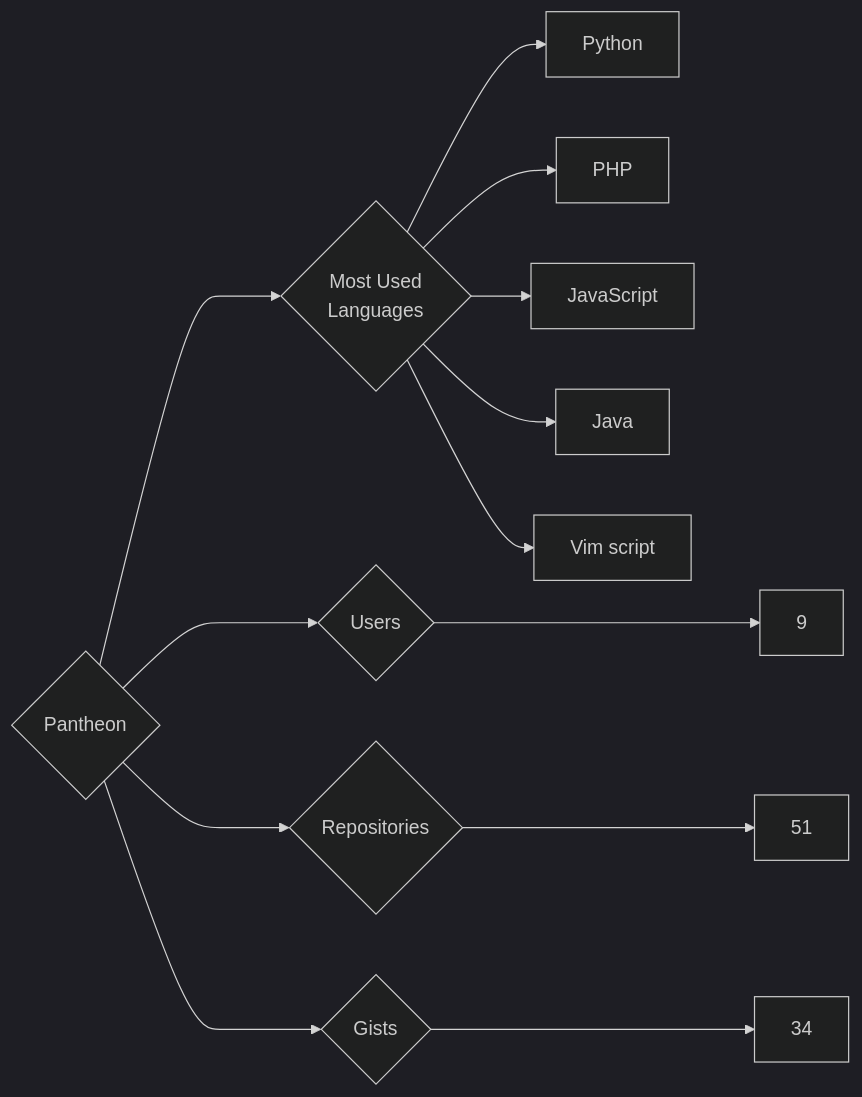
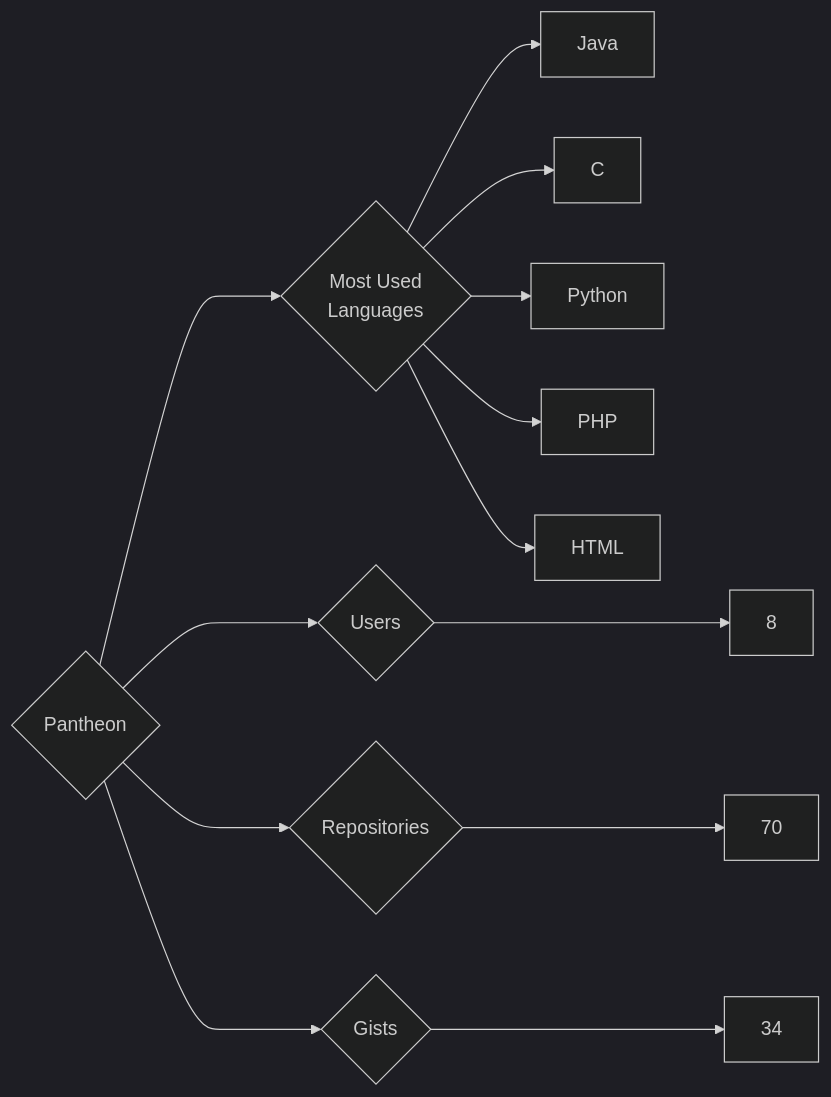
One commit to trickest/insiders changed the diagram in targets/Pantheon/README.md. Above: the diagram before and after it, drawn with Mermaid (dark theme). The commit also changed 965 other files, not shown here.

````diff
--- a/targets/Pantheon/README.md
+++ b/targets/Pantheon/README.md
@@ -3,13 +3,13 @@
 ```mermaid
 graph LR
 COMPANY_NAME{Pantheon}
-COMPANY_NAME ---> U{Users} ---> UN[9]
-COMPANY_NAME ---> R{Repositories} ---> RN[51]
+COMPANY_NAME ---> U{Users} ---> UN[8]
+COMPANY_NAME ---> R{Repositories} ---> RN[70]
 COMPANY_NAME ---> G{Gists} ---> GN[34]
 COMPANY_NAME ---> ML{Most Used<br>Languages}
+ML --> Java[Java]
+ML --> C[C]
 ML --> Python[Python]
 ML --> PHP[PHP]
-ML --> JavaScript[JavaScript]
-ML --> Java[Java]
-ML --> Vim_script[Vim script]
+ML --> HTML[HTML]
 ```
````
